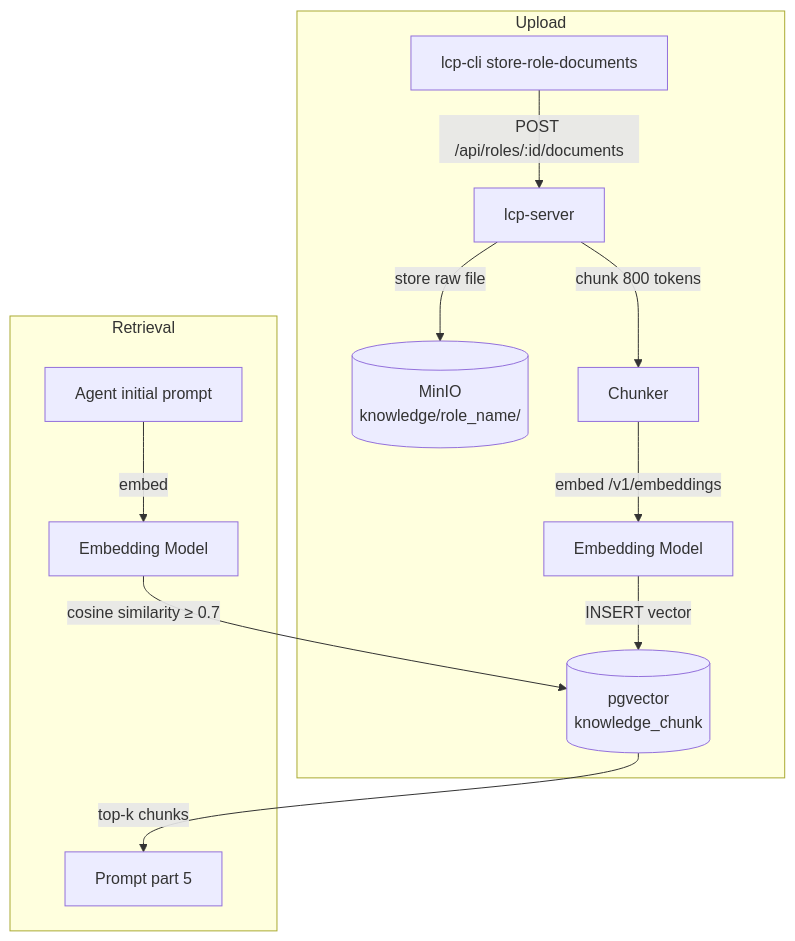
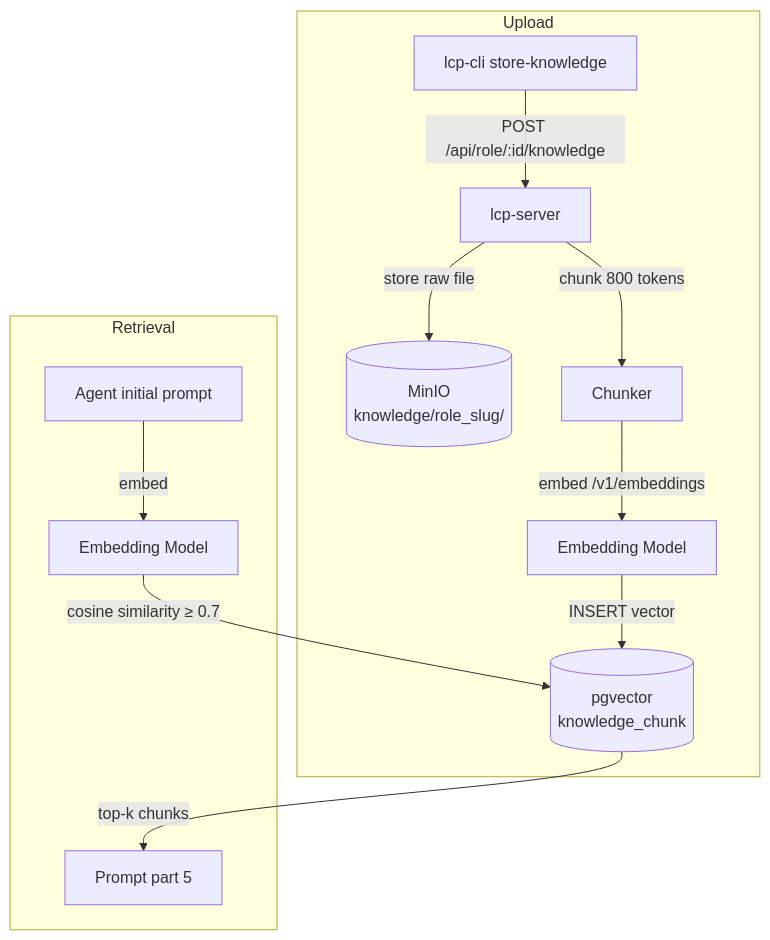
Before and after one commit to instantiator/tcp-server: the third of 3 diagrams in README.md, drawn with Mermaid. The commit also changed 56 other files, not shown here.

Commit message:
10.2.1 - knowledge folders and knowledge api

````diff
--- a/README.md
+++ b/README.md
@@ -131,15 +131,15 @@
 ```mermaid
 flowchart TD
   subgraph Upload
-    CLI[lcp-cli store-role-documents] -->|POST /api/roles/:id/documents| API[lcp-server]
-    API -->|store raw file| MinIO2[(MinIO\nknowledge/role_name/)]
+    CLI[lcp-cli store-knowledge] -->|POST /api/role/:id/knowledge| API[lcp-server]
+    API -->|store raw file| MinIO2[(MinIO\nknowledge/role_slug/)]
     API -->|chunk 800 tokens| Chunker[Chunker]
     Chunker -->|embed /v1/embeddings| Embed[Embedding Model]
     Embed -->|INSERT vector| PG[(pgvector\nknowledge_chunk)]
   end
   subgraph Retrieval
     Query[Agent initial prompt] -->|embed| Embed2[Embedding Model]
     Embed2 -->|cosine similarity ≥ 0.7| PG
     PG -->|top-k chunks| Part5[Prompt part 5]
   end
 ```
````
